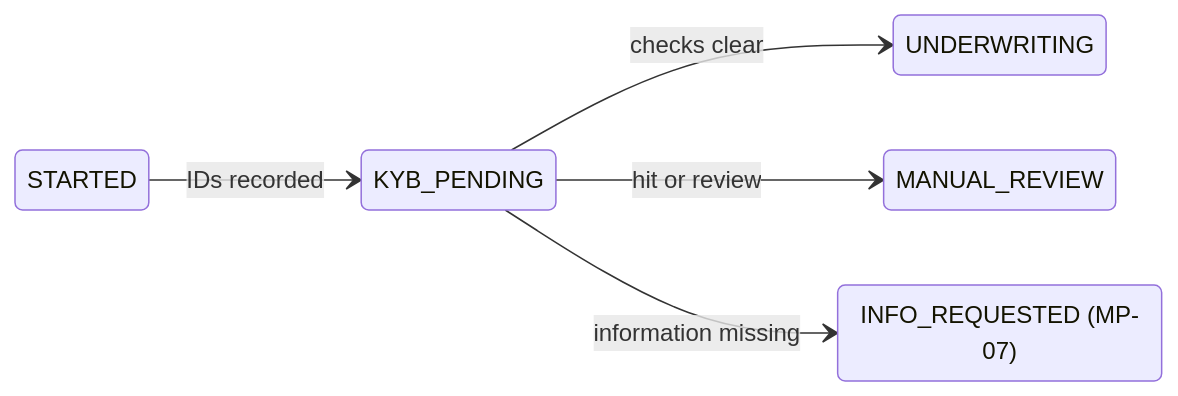
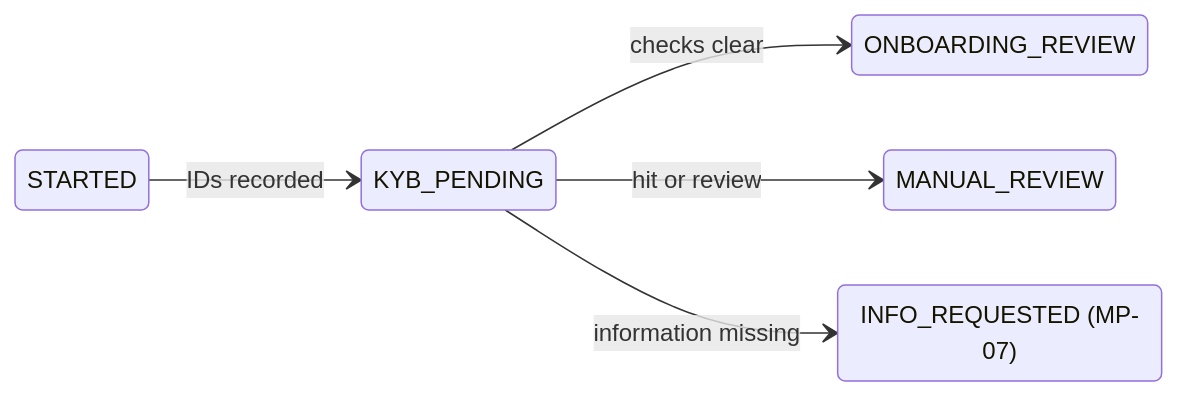
The second of 2 diagrams in docs/workflows/MP-06-company-checks-identity-and-screening.md (paytinno/merchant-portal-workflows), drawn with Mermaid before and after one commit. The commit also changed other lines of this file and 20 other files, not shown here.

First line of the commit message:
Rename underwriting to onboarding review; high-risk sector checks

````diff
--- a/docs/workflows/MP-06-company-checks-identity-and-screening.md
+++ b/docs/workflows/MP-06-company-checks-identity-and-screening.md
@@ -54,13 +54,13 @@
 ```mermaid
 stateDiagram-v2
   direction LR
   state "STARTED" as s_STARTED
   state "KYB_PENDING" as s_KYB_PENDING
-  state "UNDERWRITING" as s_UNDERWRITING
+  state "ONBOARDING_REVIEW" as s_ONBOARDING_REVIEW
   state "MANUAL_REVIEW" as s_MANUAL_REVIEW
   state "INFO_REQUESTED (MP-07)" as s_INFO_REQUESTED_MP_07_
   s_STARTED --> s_KYB_PENDING : IDs recorded
-  s_KYB_PENDING --> s_UNDERWRITING : checks clear
+  s_KYB_PENDING --> s_ONBOARDING_REVIEW : checks clear
   s_KYB_PENDING --> s_MANUAL_REVIEW : hit or review
   s_KYB_PENDING --> s_INFO_REQUESTED_MP_07_ : information missing
 ```
````
